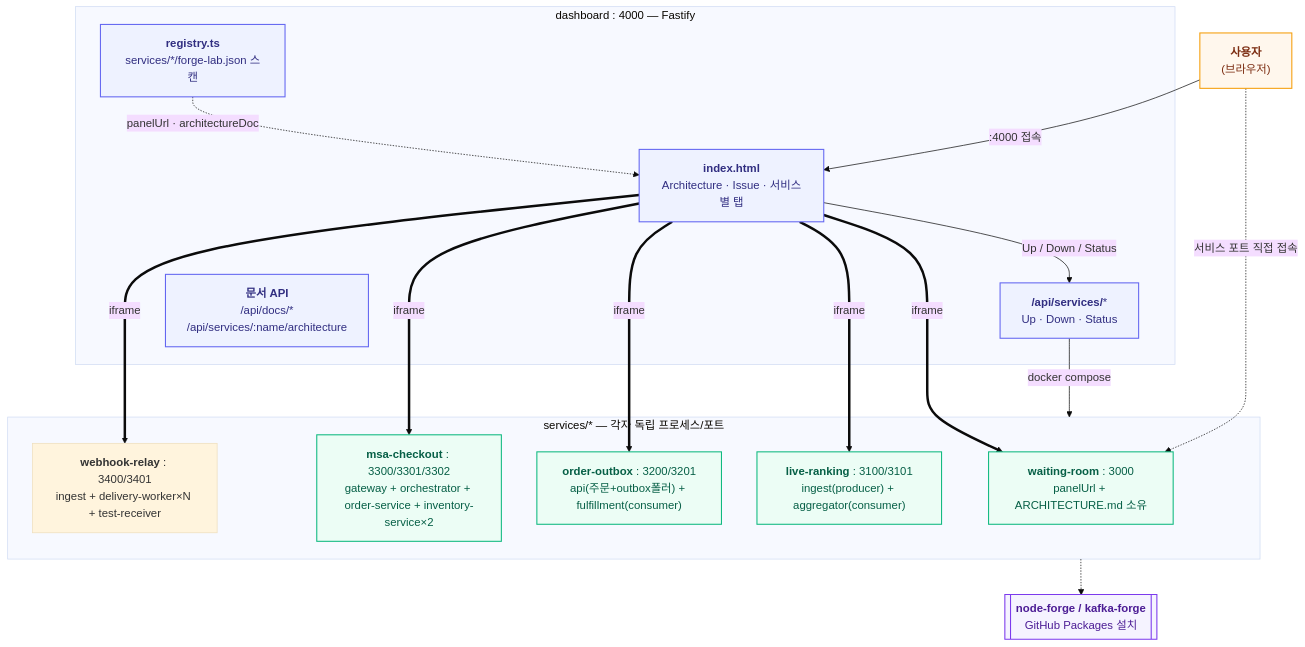
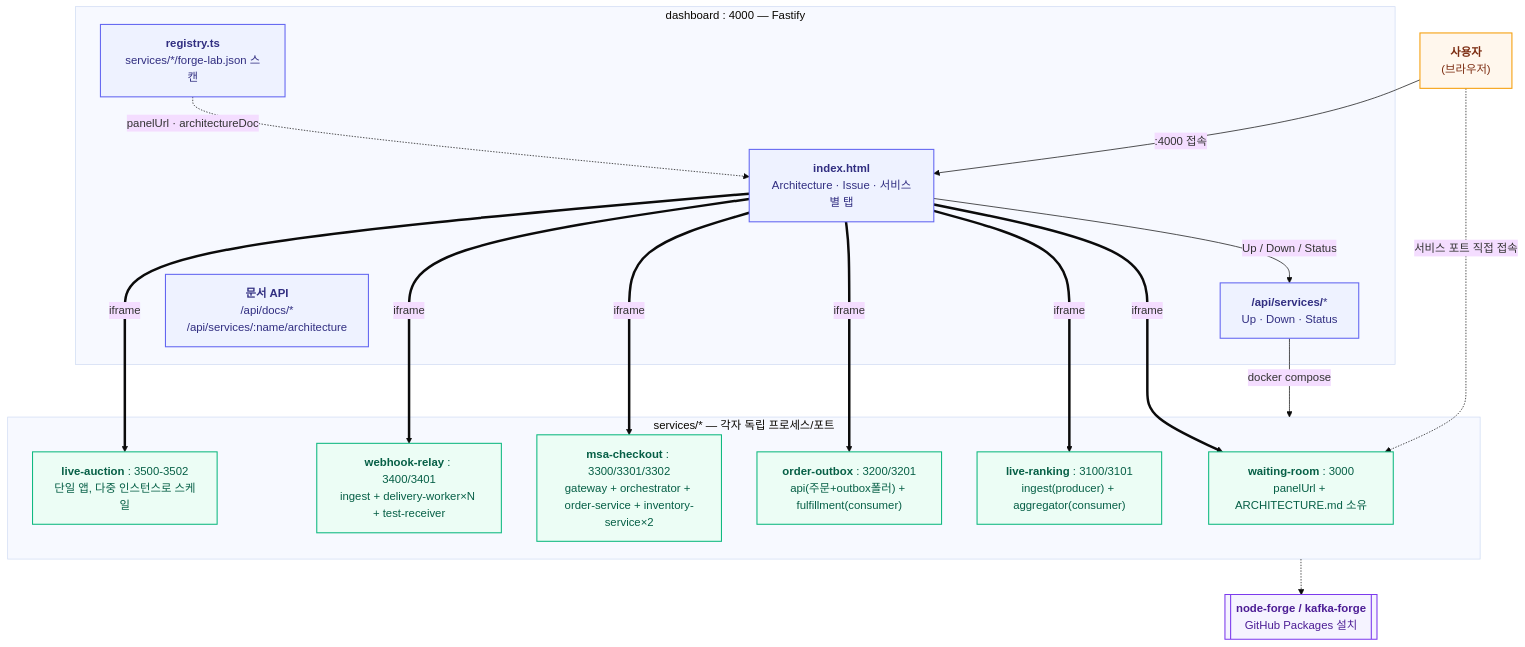
Before and after one commit to paikpaik/forgeLab: the diagram in docs/architecture.md, drawn with Mermaid (base theme). The commit also changed other lines of this file and 28 other files, not shown here.

````diff
--- a/docs/architecture.md
+++ b/docs/architecture.md
@@ -35,56 +37,59 @@
 ```mermaid
 flowchart TB
     U["`**사용자**
     (브라우저)`"]
 
     subgraph DB["dashboard : 4000 — Fastify"]
         DUI["`**index.html**
         Architecture · Issue · 서비스별 탭`"]
         DAPI["`**/api/services/***
         Up · Down · Status`"]
         DREG["`**registry.ts**
         services/*/forge-lab.json 스캔`"]
         DDOC["`**문서 API**
         /api/docs/*
         /api/services/:name/architecture`"]
     end
 
     subgraph SVC["services/* — 각자 독립 프로세스/포트"]
         S1["`**waiting-room** : 3000
         panelUrl + ARCHITECTURE.md 소유`"]
         S2["`**live-ranking** : 3100/3101
         ingest(producer) + aggregator(consumer)`"]
         S3["`**order-outbox** : 3200/3201
         api(주문+outbox폴러) + fulfillment(consumer)`"]
         S4["`**msa-checkout** : 3300/3301/3302
         gateway + orchestrator + order-service + inventory-service×2`"]
         S5["`**webhook-relay** : 3400/3401
         ingest + delivery-worker×N + test-receiver`"]
+        S6["`**live-auction** : 3500-3502
+        단일 앱, 다중 인스턴스로 스케일`"]
     end
 
     NF[["`**node-forge / kafka-forge**
     GitHub Packages 설치`"]]
 
     U -->|":4000 접속"| DUI
     DUI -->|"Up / Down / Status"| DAPI
     DAPI -->|"docker compose"| SVC
     DREG -.->|"panelUrl · architectureDoc"| DUI
     DUI ==>|"iframe"| S1
     DUI ==>|"iframe"| S2
     DUI ==>|"iframe"| S3
     DUI ==>|"iframe"| S4
     DUI ==>|"iframe"| S5
+    DUI ==>|"iframe"| S6
     U -.->|"서비스 포트 직접 접속"| S1
 
     SVC -.-> NF
 
     classDef dashboardNode fill:#eef2ff,stroke:#6366f1,stroke-width:1.5px,color:#312e81
     classDef serviceNode fill:#ecfdf5,stroke:#10b981,stroke-width:1.5px,color:#065f46
     classDef forgeNode fill:#f5f3ff,stroke:#7c3aed,stroke-width:1.5px,color:#4c1d95
     classDef userNode fill:#fff7ed,stroke:#f59e0b,stroke-width:1.5px,color:#7c2d12
 
     class U userNode
     class DUI,DAPI,DREG,DDOC dashboardNode
-    class S1,S2,S3,S4 serviceNode
+    class S1,S2,S3,S4,S5,S6 serviceNode
     class NF forgeNode
 ```
````
